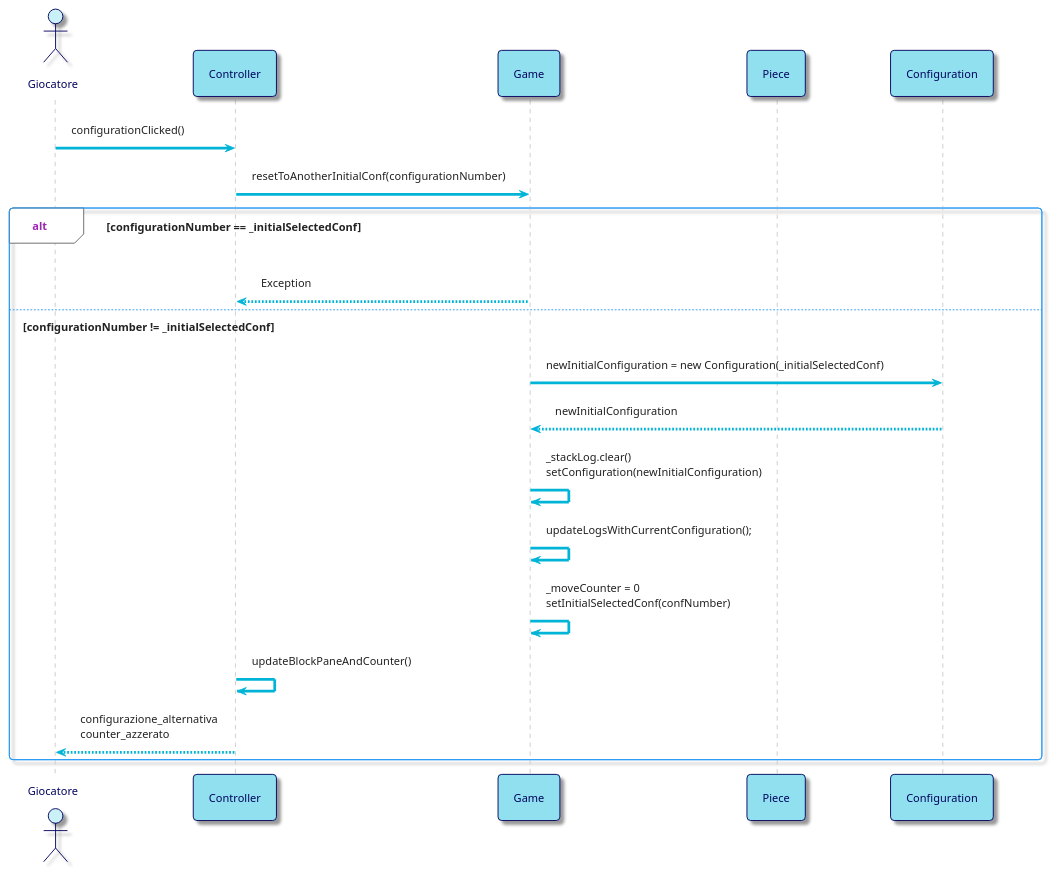
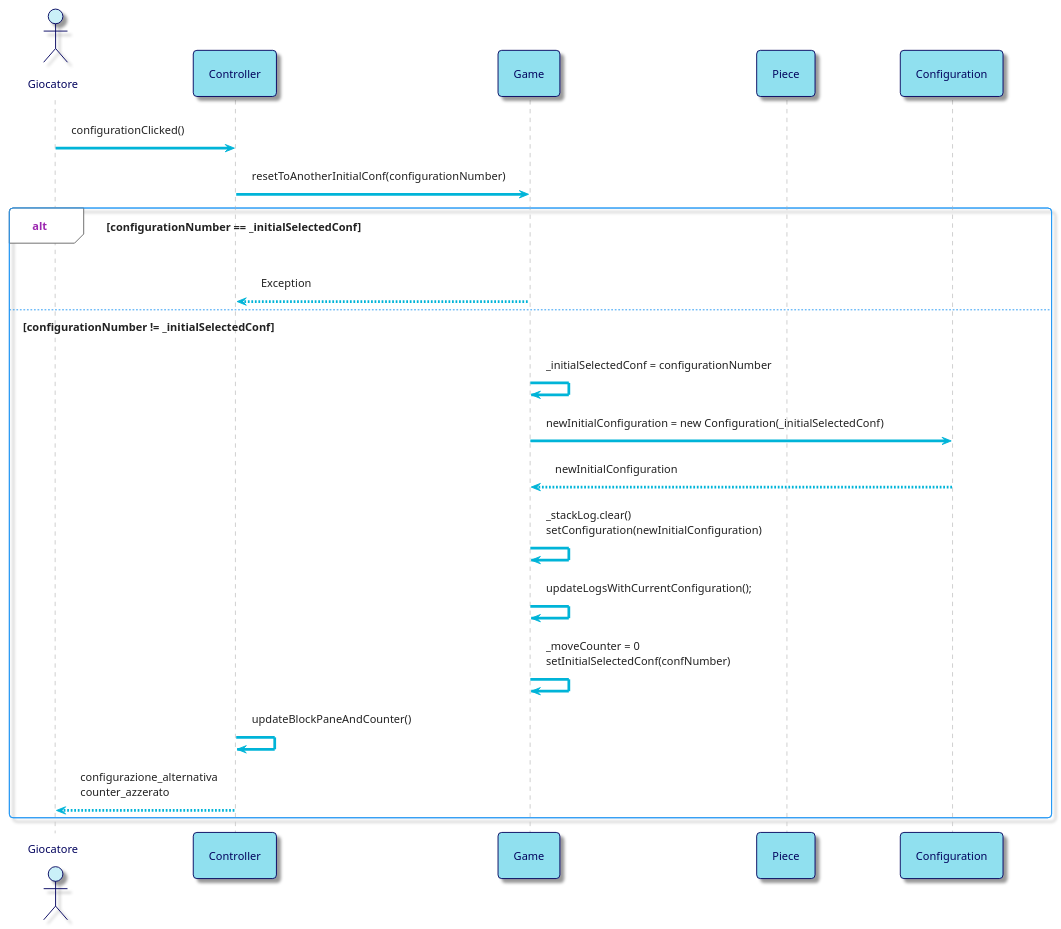
One commit to bellins14/klotski_gruppo2 changed the third of 6 diagrams in resources/Sequence_Diagrams.md. Above: the diagram before and after it, drawn with PlantUML. The commit also changed other lines of this file, not shown here.

````diff
--- a/resources/Sequence_Diagrams.md
+++ b/resources/Sequence_Diagrams.md
@@ -166,41 +166,41 @@
 ```plantuml
 @startuml
 !theme materia-outline
 
 skinparam ArrowColor #00B4D8
 skinparam ActorBorderColor #03045E
 skinparam ActorFontColor #03045E
 skinparam ActorBackgroundColor #CAF0F8
 skinparam ParticipantFontColor #03045E
 skinparam ParticipantBorderColor #03045E
 skinparam ParticipantBackgroundColor #90E0EF
 skinparam DatabaseBorderColor #03045E
 skinparam DatabaseBackgroundColor #00B4D8
 skinparam DatabaseFontColor #03045E
 skinparam BackgroundColor #FFFFFF
 
 actor Giocatore 
 participant Controller
 participant Game
 participant Piece
 
 
 Giocatore -> Controller: configurationClicked()
 Controller -> Game: resetToAnotherInitialConf(configurationNumber)
 
 alt configurationNumber == _initialSelectedConf
 Game --> Controller: Exception
 
 else configurationNumber != _initialSelectedConf
-
+Game->Game: _initialSelectedConf = configurationNumber
 Game -> Configuration: newInitialConfiguration = new Configuration(_initialSelectedConf)
 Configuration --> Game: newInitialConfiguration
 Game -> Game: _stackLog.clear() \nsetConfiguration(newInitialConfiguration)
 Game -> Game: updateLogsWithCurrentConfiguration();
 Game -> Game: _moveCounter = 0 \nsetInitialSelectedConf(confNumber)
 Controller -> Controller: updateBlockPaneAndCounter()
 Controller --> Giocatore: configurazione_alternativa \ncounter_azzerato
 
 end
 @enduml
 ```
````
